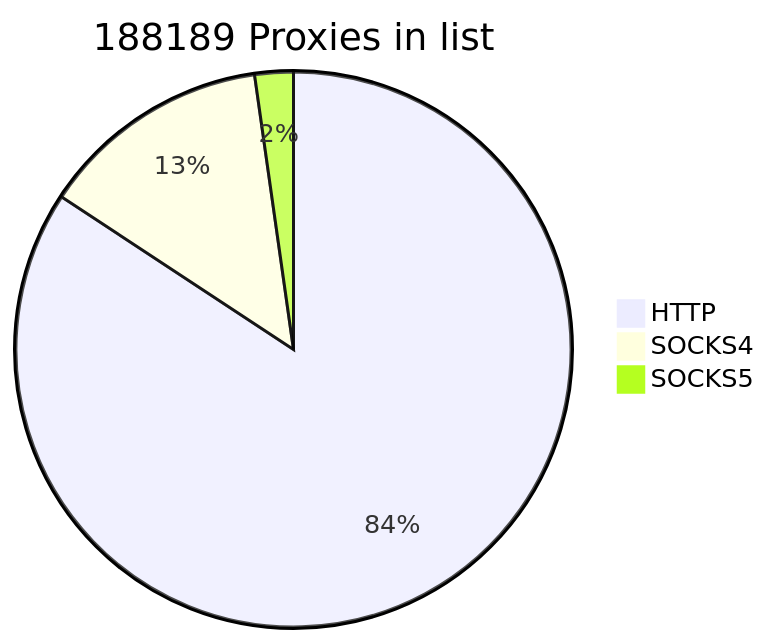
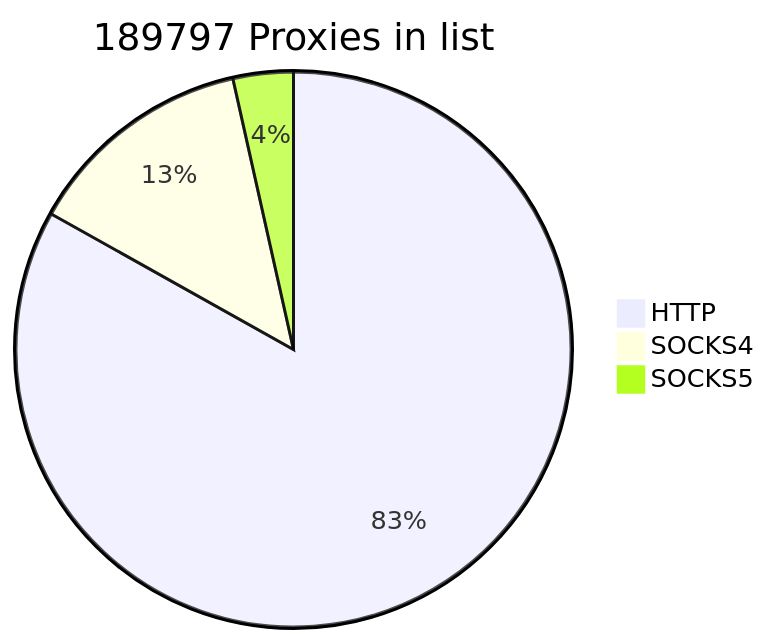
The first of 2 diagrams in README.md (cutipu/proxylist), drawn with Mermaid before and after one commit. The commit also changed other lines of this file, not shown here.

````diff
--- a/README.md
+++ b/README.md
@@ -2,7 +2,7 @@
 ```mermaid
-pie title 188189 Proxies in list
-    "HTTP" : 158581
-    "SOCKS4" : 25386
-    "SOCKS5" : 4222
+pie title 189797 Proxies in list
+    "HTTP" : 157761
+    "SOCKS4" : 25385
+    "SOCKS5" : 6651
             
 ```
````
